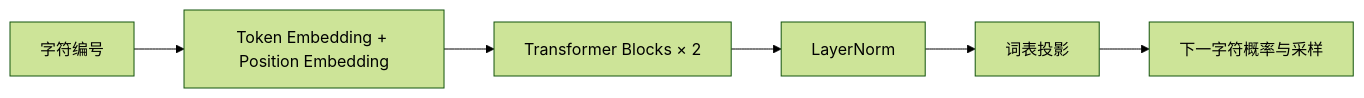
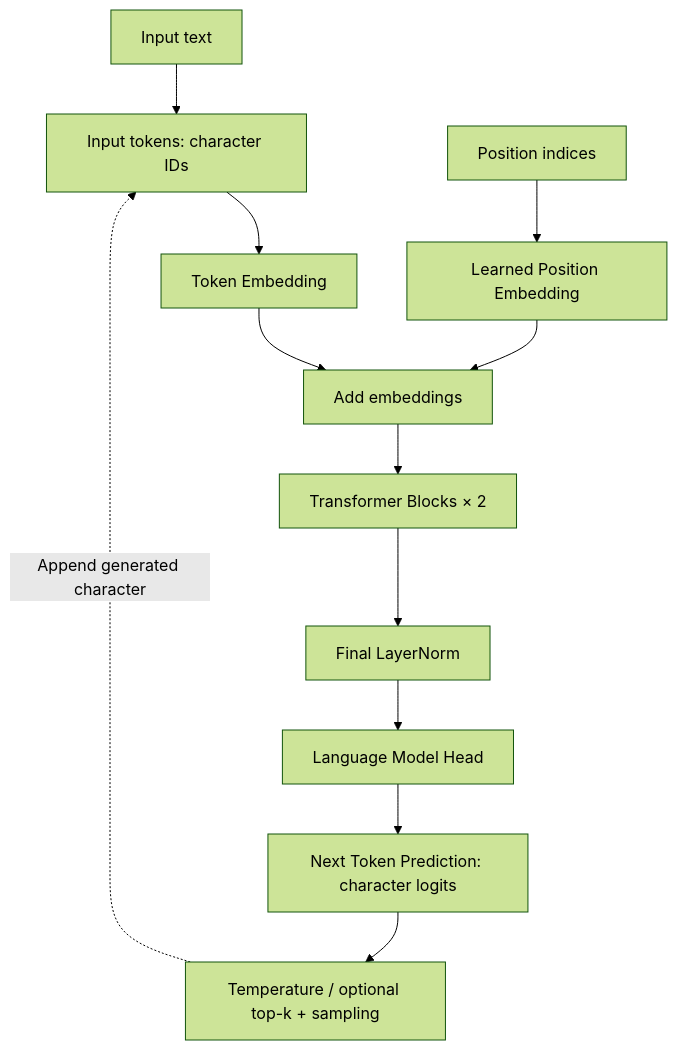
One commit to qinzhong631-ux/minigpt-lab changed the diagram in README.md. Above: the diagram before and after it, drawn with Mermaid (forest theme). The commit also changed other lines of this file, not shown here.

````diff
--- a/README.md
+++ b/README.md
@@ -27,8 +65,14 @@
 ```mermaid
-flowchart LR
-    A[字符编号] --> B[Token Embedding + Position Embedding]
-    B --> C[Transformer Blocks × 2]
-    C --> D[LayerNorm]
-    D --> E[词表投影]
-    E --> F[下一字符概率与采样]
+flowchart TB
+    A["Input text"] --> B["Input tokens: character IDs"]
+    B --> C["Token Embedding"]
+    P["Position indices"] --> D["Learned Position Embedding"]
+    C --> E["Add embeddings"]
+    D --> E
+    E --> F["Transformer Blocks × 2"]
+    F --> G["Final LayerNorm"]
+    G --> H["Language Model Head"]
+    H --> I["Next Token Prediction: character logits"]
+    I --> J["Temperature / optional top-k + sampling"]
+    J -. "Append generated character" .-> B
 ```
````
